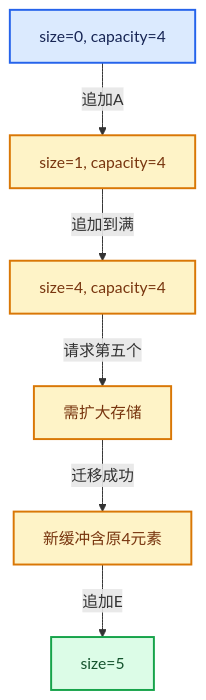
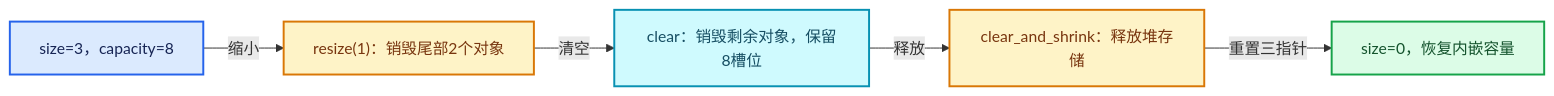
Before and after one commit to yunkezengren/blender-.vscode: the fifth of 5 diagrams in 杂/markdown/全面学习-codex/01-基础容器与现代CPP/10-Vector扩容与增长.md, drawn with Mermaid. The commit also changed other lines of this file and 1930 other files, not shown here.

````diff
--- a/杂/markdown/全面学习-codex/01-基础容器与现代CPP/10-Vector扩容与增长.md
+++ b/杂/markdown/全面学习-codex/01-基础容器与现代CPP/10-Vector扩容与增长.md
@@ -694,20 +139,18 @@
 ```mermaid
-flowchart TB
-  T0["size=0, capacity=4"]:::input
-  T1["size=1, capacity=4"]:::compute
-  T2["size=4, capacity=4"]:::compute
-  T3["需扩大存储"]:::compute
-  T4["新缓冲含原4元素"]:::compute
-  T5["size=5"]:::result
-  T0 -->|"追加A"| T1
-  T1 -->|"追加到满"| T2
-  T2 -->|"请求第五个"| T3
-  T3 -->|"迁移成功"| T4
-  T4 -->|"追加E"| T5
+flowchart LR
+  V["size=3，capacity=8"]:::input
+  S["resize(1)：销毁尾部2个对象"]:::compute
+  C["clear：销毁剩余对象，保留8槽位"]:::data
+  R["clear_and_shrink：释放堆存储"]:::compute
+  I["size=0，恢复内嵌容量"]:::result
+  V -->|"缩小"| S
+  S -->|"清空"| C
+  C -->|"释放"| R
+  R -->|"重置三指针"| I
   classDef input fill:#DBEAFE,stroke:#2563EB,color:#172554,stroke-width:2px;
   classDef data fill:#CFFAFE,stroke:#0891B2,color:#164E63,stroke-width:2px;
   classDef abstraction fill:#EDE9FE,stroke:#7C3AED,color:#3B0764,stroke-width:2px;
   classDef compute fill:#FEF3C7,stroke:#D97706,color:#78350F,stroke-width:2px;
   classDef result fill:#DCFCE7,stroke:#16A34A,color:#14532D,stroke-width:2px;
   classDef error fill:#FEE2E2,stroke:#DC2626,color:#7F1D1D,stroke-width:2px;
 ```
````
